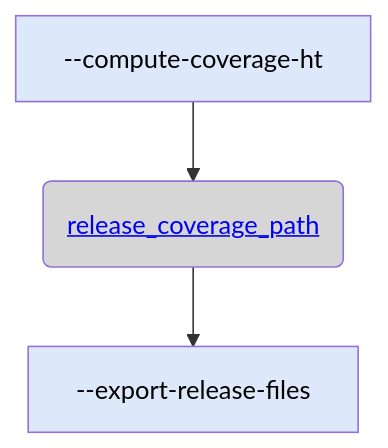
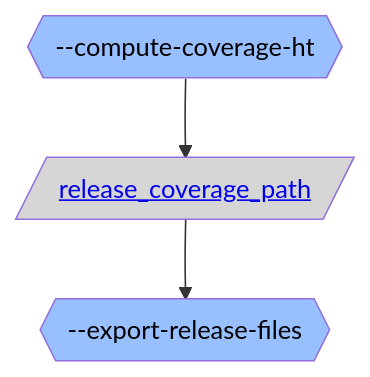
One commit to broadinstitute/gnomad_qc changed the fifth of 5 diagrams in gnomad_qc/v4/annotations/README.md. Above: the diagram before and after it, drawn with Mermaid. The commit also changed other lines of this file and 4 other files, not shown here.

````diff
--- a/gnomad_qc/v4/annotations/README.md
+++ b/gnomad_qc/v4/annotations/README.md
@@ -267,16 +267,16 @@
 ```mermaid
 flowchart TB;
   classDef script_color fill:#2C5D4A,color:#000000
-  classDef step_color fill:#DDE9FB,color:#000000
+  classDef step_color fill:#98BFFF,color:#000000
   classDef func_color fill:#E0D5E6,color:#000000
   classDef gnomad_methods_color fill:#F9F2CE,color:#000000
   classDef hail_color fill:#FAEACE,color:#000000
   classDef resource_color fill:#D6D6D6,color:#000000
   classDef validity_check_color fill:#2C5D4A,color:#000000
 
-  step_compute_coverage_ht["--compute-coverage-ht"]:::step_color;
-  resource_release_coverage_path("<a href='https://github.com/broadinstitute/gnomad_qc/tree/main/gnomad_qc/v4/resources/release.py#L268'>release_coverage_path</a>"):::resource_color;
-  step_export_release_files["--export-release-files"]:::step_color;
+  step_compute_coverage_ht{{"--compute-coverage-ht"}}:::step_color;
+  resource_release_coverage_path[/"<a href='https://github.com/broadinstitute/gnomad_qc/tree/main/gnomad_qc/v4/resources/release.py#L268'>release_coverage_path</a>"/]:::resource_color;
+  step_export_release_files{{"--export-release-files"}}:::step_color;
   step_compute_coverage_ht --> resource_release_coverage_path;
   resource_release_coverage_path --> step_export_release_files;
 ```
````
